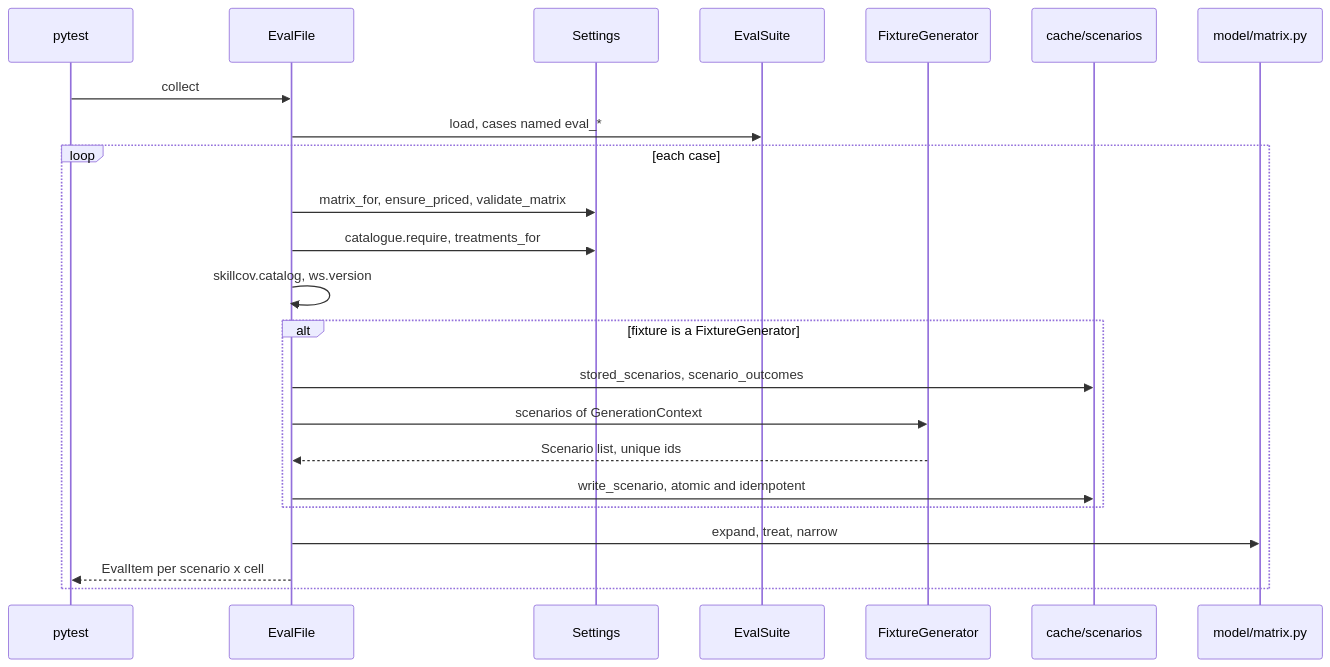
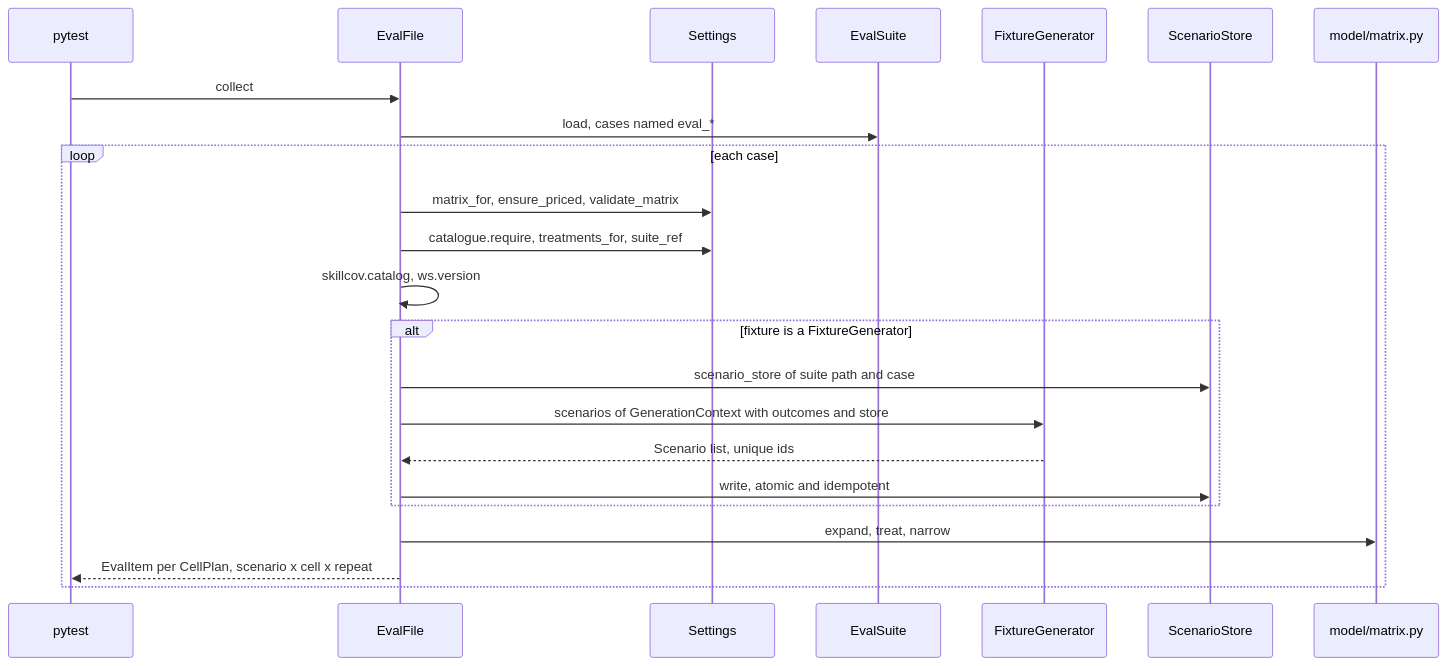
One commit to neozenith/pytest-xharness-eval changed the eighth of 39 diagrams in ARCHITECTURE.md. Above: the diagram before and after it, drawn with Mermaid. The commit also changed other lines of this file and 1 other file, not shown here.

First line of the commit message:
docs: ARCHITECTURE.md refreshed for the wired Analyzer, CellPlan and ADR 0076 names

````diff
--- a/ARCHITECTURE.md
+++ b/ARCHITECTURE.md
@@ -453,26 +466,26 @@
 ```mermaid
 sequenceDiagram
     participant PY as pytest
     participant EF as EvalFile
     participant ST as Settings
     participant SU as EvalSuite
     participant GEN as FixtureGenerator
-    participant SS as cache/scenarios
+    participant SS as ScenarioStore
     participant MX as model/matrix.py
 
     PY->>EF: collect
     EF->>SU: load, cases named eval_*
     loop each case
         EF->>ST: matrix_for, ensure_priced, validate_matrix
-        EF->>ST: catalogue.require, treatments_for
+        EF->>ST: catalogue.require, treatments_for, suite_ref
         EF->>EF: skillcov.catalog, ws.version
         alt fixture is a FixtureGenerator
-            EF->>SS: stored_scenarios, scenario_outcomes
-            EF->>GEN: scenarios of GenerationContext
+            EF->>SS: scenario_store of suite path and case
+            EF->>GEN: scenarios of GenerationContext with outcomes and store
             GEN-->>EF: Scenario list, unique ids
-            EF->>SS: write_scenario, atomic and idempotent
+            EF->>SS: write, atomic and idempotent
         end
         EF->>MX: expand, treat, narrow
-        EF-->>PY: EvalItem per scenario x cell
+        EF-->>PY: EvalItem per CellPlan, scenario x cell x repeat
     end
 ```
````
